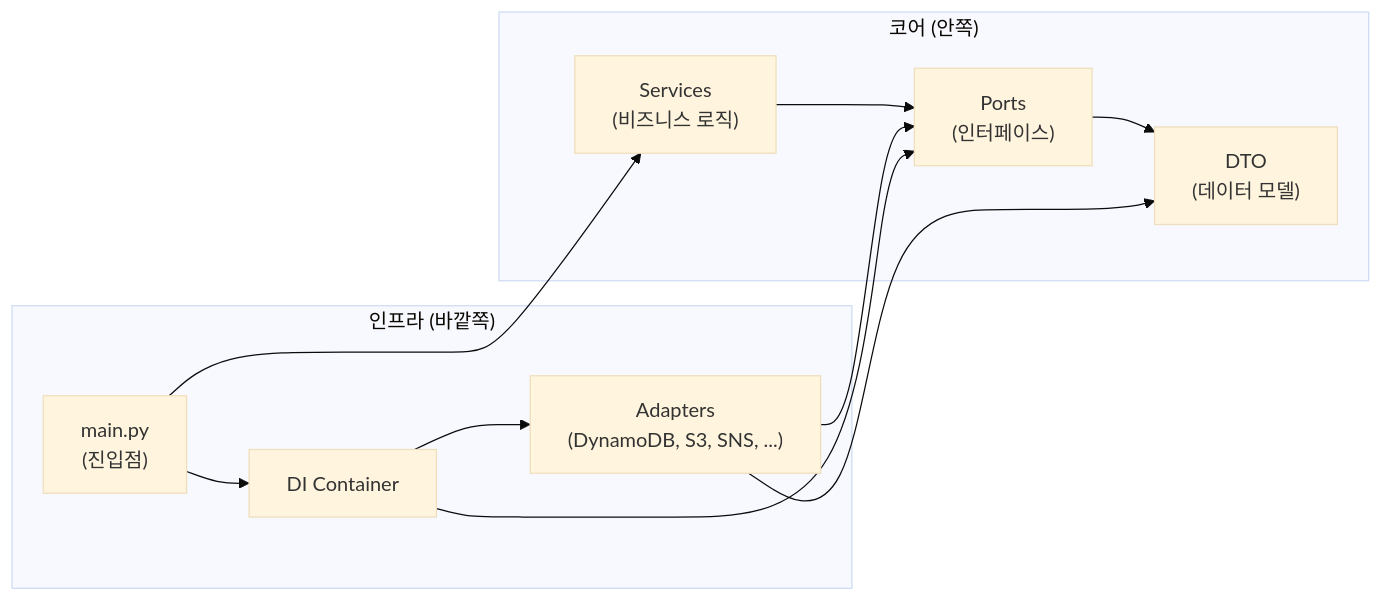
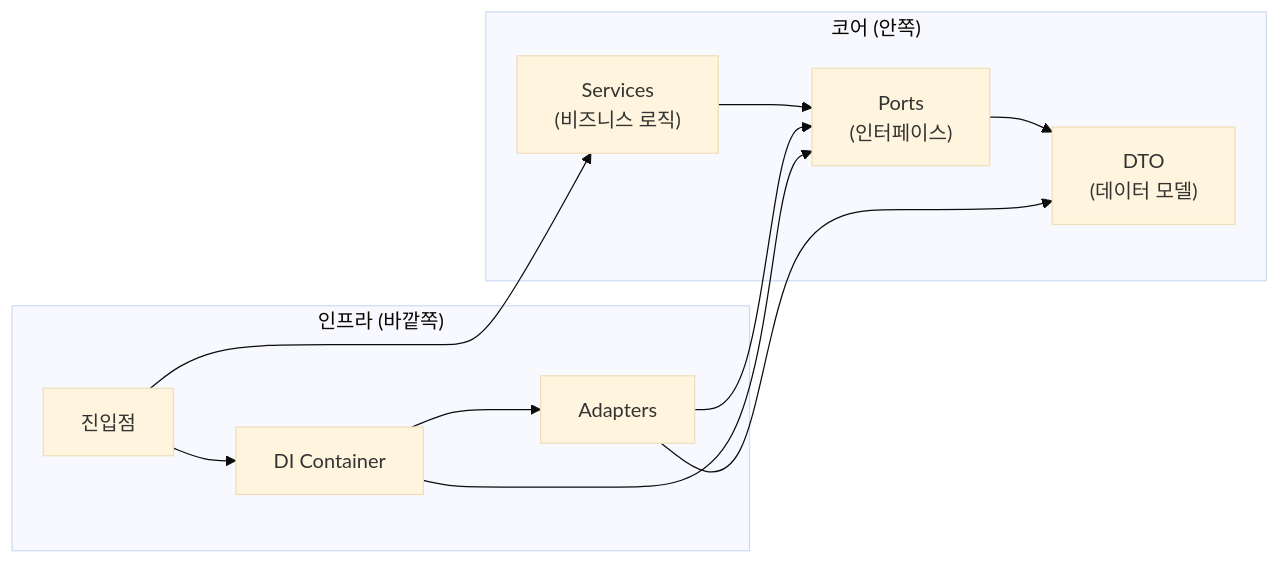
The diagram in docs/adr/agent/0015-hexagonal-architecture.md (haandol/rca-agent), drawn with Mermaid (base theme) before and after one commit. The commit also changed other lines of this file and 27 other files, not shown here.

````diff
--- a/docs/adr/agent/0015-hexagonal-architecture.md
+++ b/docs/adr/agent/0015-hexagonal-architecture.md
@@ -64,23 +71,23 @@
 ```mermaid
 graph LR
     subgraph Core["코어 (안쪽)"]
         DTO["DTO<br/>(데이터 모델)"]
         PORTS["Ports<br/>(인터페이스)"]
         SERVICES["Services<br/>(비즈니스 로직)"]
     end
 
     subgraph Infra["인프라 (바깥쪽)"]
-        ADAPTERS["Adapters<br/>(DynamoDB, S3, SNS, ...)"]
+        ADAPTERS["Adapters"]
         DI["DI Container"]
-        MAIN["main.py<br/>(진입점)"]
+        ENTRY["진입점"]
     end
 
     SERVICES --> PORTS
     PORTS --> DTO
     ADAPTERS --> PORTS
     ADAPTERS --> DTO
     DI --> ADAPTERS
     DI --> PORTS
-    MAIN --> DI
-    MAIN --> SERVICES
+    ENTRY --> DI
+    ENTRY --> SERVICES
 ```
````
